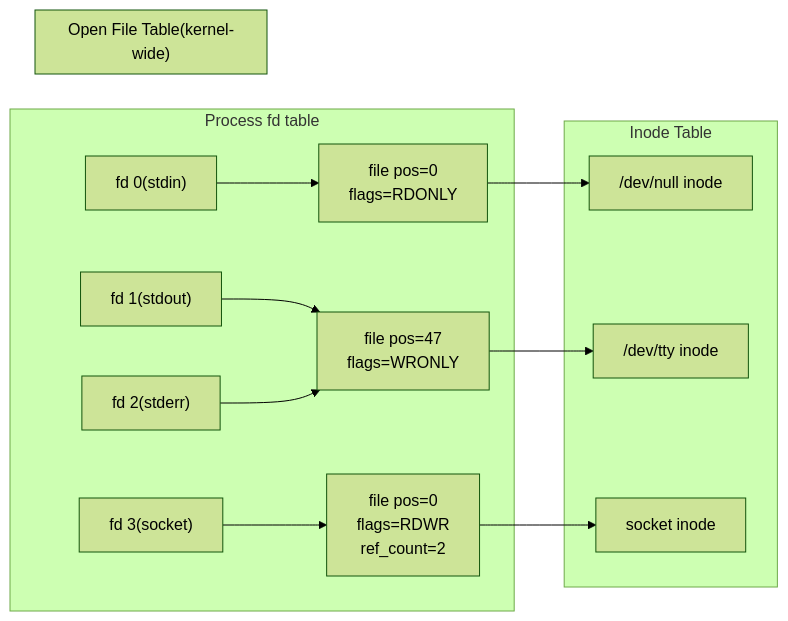
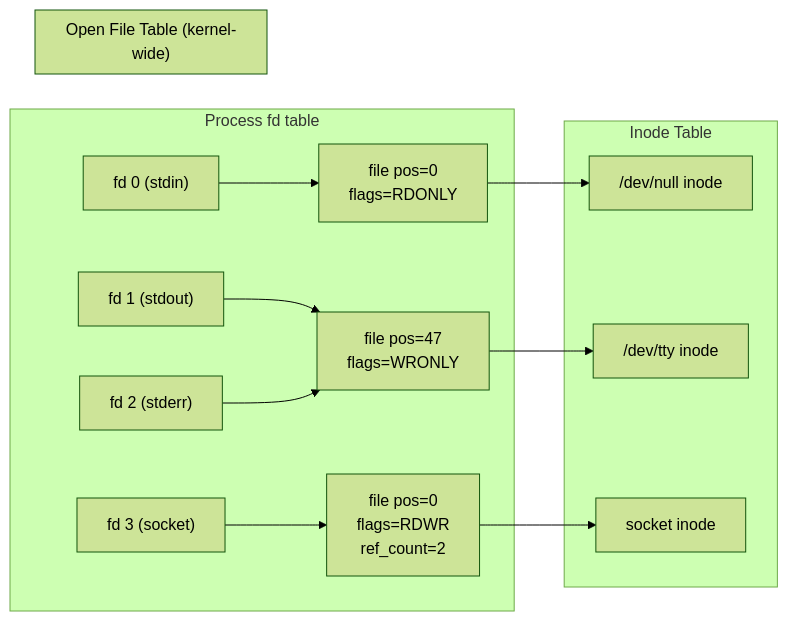
One commit to pploc/swe-icon-the-moment changed the diagram in content/questions/fundamentals/file-descriptors.md. Above: the diagram before and after it, drawn with Mermaid (forest theme). The commit also changed 95 other files, not shown here.

Commit message:
fix: update the practice mode diagram bug not display

````diff
--- a/content/questions/fundamentals/file-descriptors.md
+++ b/content/questions/fundamentals/file-descriptors.md
@@ -18,25 +18,26 @@
 ```mermaid
 flowchart LR
-    subgraph Process["Process fd table"]
-        fd0["fd 0(stdin)"] --> OFT1
-        fd1["fd 1(stdout)"] --> OFT2
-        fd2["fd 2(stderr)"] --> OFT2
-        fd3["fd 3(socket)"] --> OFT3
+    subgraph Process ["Process fd table"]
+        fd0["fd 0 (stdin)"] --> OFT1
+        fd1["fd 1 (stdout)"] --> OFT2
+        fd2["fd 2 (stderr)"] --> OFT2
+        fd3["fd 3 (socket)"] --> OFT3
     end
-    subgraph OFT["Open File Table(kernel-wide)"]
+    subgraph OFT ["Open File Table (kernel-wide)"]
         OFT1["file pos=0\nflags=RDONLY"]
         OFT2["file pos=47\nflags=WRONLY"]
         OFT3["file pos=0\nflags=RDWR\nref_count=2"]
     end
-    subgraph Inode["Inode Table"]
+    subgraph Inode ["Inode Table"]
         I1["/dev/null inode"]
         I2["/dev/tty inode"]
         I3["socket inode"]
     end
     OFT1 --> I1
     OFT2 --> I2
     OFT3 --> I3
 
 
 
+
 ```
````
